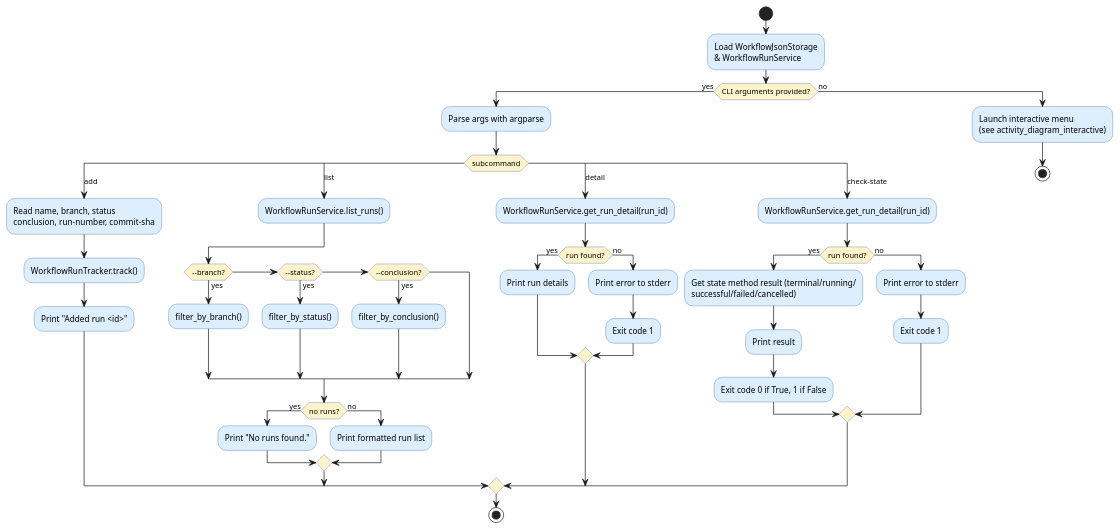
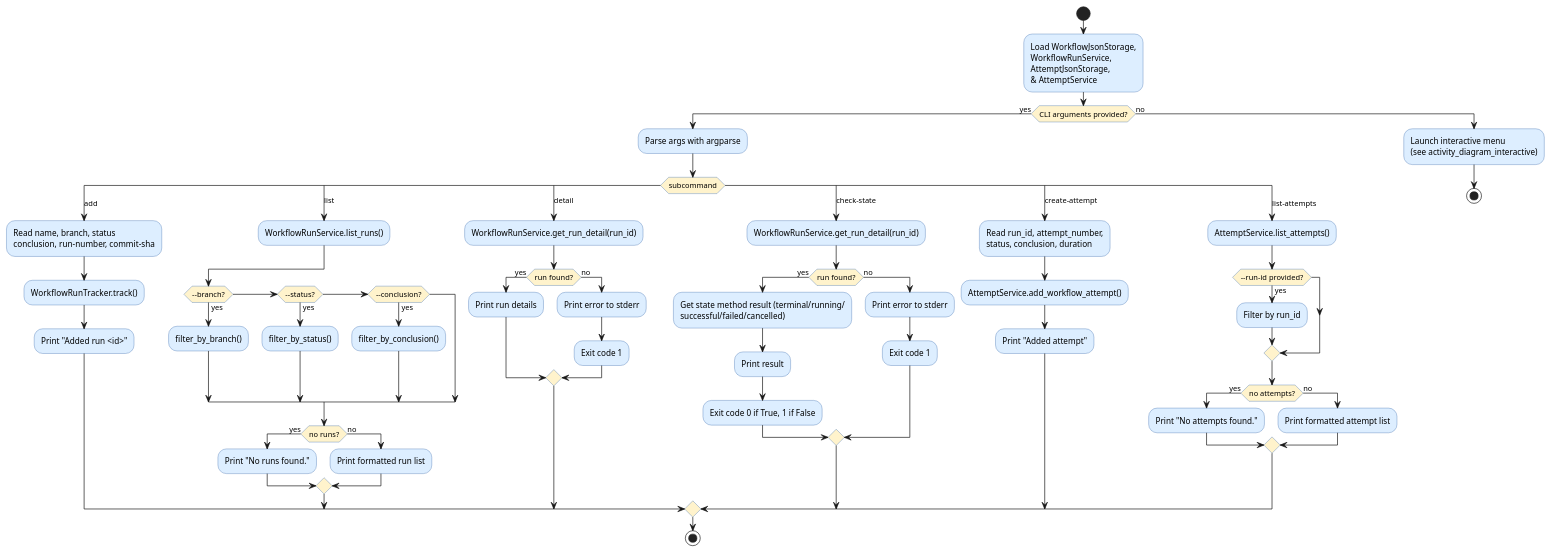
Before and after one commit to DanielRiha8906/Software_autoevolution_using_agents: the diagram in experiments/broadcast/structured_text/github-workflow-manager/artifacts/activity_diagram_main.puml, drawn with PlantUML. The commit also changed 13 other files, not shown here.

```diff
--- a/experiments/broadcast/structured_text/github-workflow-manager/artifacts/activity_diagram_main.puml
+++ b/experiments/broadcast/structured_text/github-workflow-manager/artifacts/activity_diagram_main.puml
@@ -1,63 +1,79 @@
 @startuml activity_diagram_main
 
 skinparam activityBackgroundColor #DDEEFF
 skinparam activityBorderColor     #3366AA
 skinparam activityDiamondBackgroundColor #FFF3CC
 
 start
 
-:Load WorkflowJsonStorage\n& WorkflowRunService;
+:Load WorkflowJsonStorage,\nWorkflowRunService,\nAttemptJsonStorage,\n& AttemptService;
 
 if (CLI arguments provided?) then (yes)
   :Parse args with argparse;
   switch (subcommand)
 
     case (add)
       :Read name, branch, status\nconclusion, run-number, commit-sha;
       :WorkflowRunTracker.track();
       :Print "Added run <id>";
 
     case (list)
       :WorkflowRunService.list_runs();
       if (--branch?) then (yes)
         :filter_by_branch();
       elseif (--status?) then (yes)
         :filter_by_status();
       elseif (--conclusion?) then (yes)
         :filter_by_conclusion();
       endif
       if (no runs?) then (yes)
         :Print "No runs found.";
       else (no)
         :Print formatted run list;
       endif
 
     case (detail)
       :WorkflowRunService.get_run_detail(run_id);
       if (run found?) then (yes)
         :Print run details;
       else (no)
         :Print error to stderr;
         :Exit code 1;
       endif
 
     case (check-state)
       :WorkflowRunService.get_run_detail(run_id);
       if (run found?) then (yes)
         :Get state method result (terminal/running/\nsuccessful/failed/cancelled);
         :Print result;
         :Exit code 0 if True, 1 if False;
       else (no)
         :Print error to stderr;
         :Exit code 1;
       endif
 
+    case (create-attempt)
+      :Read run_id, attempt_number,\nstatus, conclusion, duration;
+      :AttemptService.add_workflow_attempt();
+      :Print "Added attempt";
+
+    case (list-attempts)
+      :AttemptService.list_attempts();
+      if (--run-id provided?) then (yes)
+        :Filter by run_id;
+      endif
+      if (no attempts?) then (yes)
+        :Print "No attempts found.";
+      else (no)
+        :Print formatted attempt list;
+      endif
+
   endswitch
   stop
 
 else (no)
   :Launch interactive menu\n(see activity_diagram_interactive);
   stop
 endif
 
 @enduml
```
